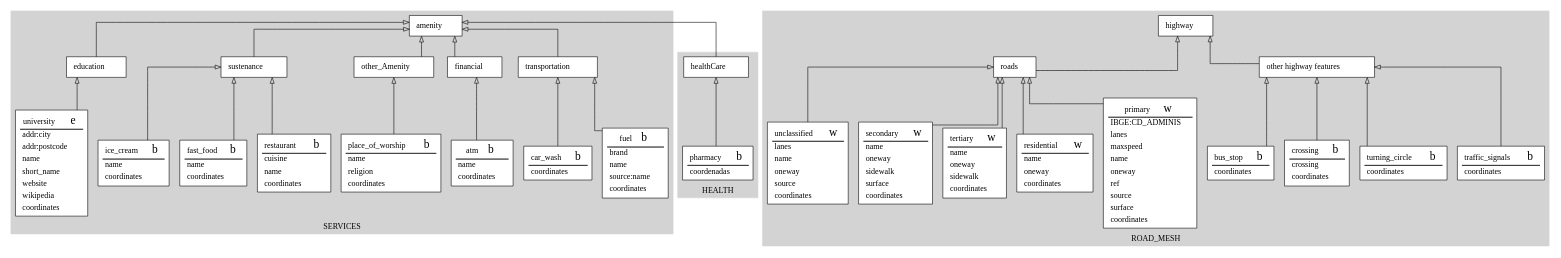
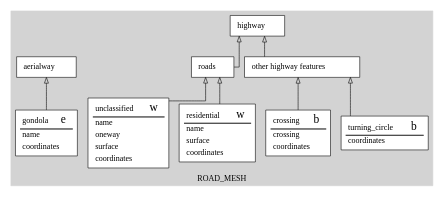
One commit to vinisperandio/OSM2Diagram_optmizated changed the diagram in schema.gv. Above: the diagram before and after it, drawn with Graphviz. The commit also changed 6 other files, not shown here.

```diff
--- a/schema.gv
+++ b/schema.gv
@@ -1,231 +1,10 @@
 digraph structs { 
 	node [shape=box]
-	subgraph cluster_DIVERSION {
-		node [color=black style=filled]
-		color=lightgrey style=filled
-		label=DIVERSION
-	}
-	subgraph cluster_SERVICES {
-		node [color=black style=filled]
-		color=lightgrey style=filled
-		label=SERVICES
-		0[style = "filled, bold" penwidth = "1" fillcolor="white" label=<
-			<TABLE color="black" border="0">
-			 <TR>
-				<TD align="center"><font color="black">fuel</font>  
-				<font FACE="sigmoda" POINT-SIZE="20.0"> b</font></TD>
-			</TR>
-			<hr/>
-			<TR>
-				<TD align="left">brand</TD>
-			 </TR>
-			<TR>
-				<TD align="left">name</TD>
-			 </TR>
-			<TR>
-				<TD align="left">source:name</TD>
-			 </TR>
-			<TR>
-				<TD align="left">coordinates</TD>
-			 </TR>
-			</TABLE>>]
-		1[style = "filled, bold" penwidth = "1" fillcolor="white" label=<
-			<TABLE color="black" border="0">
-			 <TR>
-				<TD align="center"><font color="black">amenity</font>  </TD>
-			</TR>
-			</TABLE>>]
-		2[style = "filled, bold" penwidth = "1" fillcolor="white" label=<
-			<TABLE color="black" border="0">
-			 <TR>
-				<TD align="center"><font color="black">car_wash</font>  
-				<font FACE="sigmoda" POINT-SIZE="20.0"> b</font></TD>
-			</TR>
-			<hr/>
-			<TR>
-				<TD align="left">coordinates</TD>
-			 </TR>
-			</TABLE>>]
-		3[style = "filled, bold" penwidth = "1" fillcolor="white" label=<
-			<TABLE color="black" border="0">
-			 <TR>
-				<TD align="center"><font color="black">atm</font>  
-				<font FACE="sigmoda" POINT-SIZE="20.0"> b</font></TD>
-			</TR>
-			<hr/>
-			<TR>
-				<TD align="left">name</TD>
-			 </TR>
-			<TR>
-				<TD align="left">coordinates</TD>
-			 </TR>
-			</TABLE>>]
-		4[style = "filled, bold" penwidth = "1" fillcolor="white" label=<
-			<TABLE color="black" border="0">
-			 <TR>
-				<TD align="center"><font color="black">restaurant</font>  
-				<font FACE="sigmoda" POINT-SIZE="20.0"> b</font></TD>
-			</TR>
-			<hr/>
-			<TR>
-				<TD align="left">cuisine</TD>
-			 </TR>
-			<TR>
-				<TD align="left">name</TD>
-			 </TR>
-			<TR>
-				<TD align="left">coordinates</TD>
-			 </TR>
-			</TABLE>>]
-		5[style = "filled, bold" penwidth = "1" fillcolor="white" label=<
-			<TABLE color="black" border="0">
-			 <TR>
-				<TD align="center"><font color="black">place_of_worship</font>  
-				<font FACE="sigmoda" POINT-SIZE="20.0"> b</font></TD>
-			</TR>
-			<hr/>
-			<TR>
-				<TD align="left">name</TD>
-			 </TR>
-			<TR>
-				<TD align="left">religion</TD>
-			 </TR>
-			<TR>
-				<TD align="left">coordinates</TD>
-			 </TR>
-			</TABLE>>]
-		6[style = "filled, bold" penwidth = "1" fillcolor="white" label=<
-			<TABLE color="black" border="0">
-			 <TR>
-				<TD align="center"><font color="black">fast_food</font>  
-				<font FACE="sigmoda" POINT-SIZE="20.0"> b</font></TD>
-			</TR>
-			<hr/>
-			<TR>
-				<TD align="left">name</TD>
-			 </TR>
-			<TR>
-				<TD align="left">coordinates</TD>
-			 </TR>
-			</TABLE>>]
-		7[style = "filled, bold" penwidth = "1" fillcolor="white" label=<
-			<TABLE color="black" border="0">
-			 <TR>
-				<TD align="center"><font color="black">ice_cream</font>  
-				<font FACE="sigmoda" POINT-SIZE="20.0"> b</font></TD>
-			</TR>
-			<hr/>
-			<TR>
-				<TD align="left">name</TD>
-			 </TR>
-			<TR>
-				<TD align="left">coordinates</TD>
-			 </TR>
-			</TABLE>>]
-		8[style = "filled, bold" penwidth = "1" fillcolor="white" label=<
-			<TABLE color="black" border="0">
-			 <TR>
-				<TD align="center"><font color="black">university</font>  
-				<font FACE="sigmoda" POINT-SIZE="20.0"> e</font></TD>
-			</TR>
-			<hr/>
-			<TR>
-				<TD align="left">addr:city</TD>
-			 </TR>
-			<TR>
-				<TD align="left">addr:postcode</TD>
-			 </TR>
-			<TR>
-				<TD align="left">name</TD>
-			 </TR>
-			<TR>
-				<TD align="left">short_name</TD>
-			 </TR>
-			<TR>
-				<TD align="left">website</TD>
-			 </TR>
-			<TR>
-				<TD align="left">wikipedia</TD>
-			 </TR>
-			<TR>
-				<TD align="left">coordinates</TD>
-			 </TR>
-			</TABLE>>]
-		9[style = "filled, bold" penwidth = "1" fillcolor="white" label=<
-			<TABLE color="black" border="0">
-			 <TR>
-				<TD align="center"><font color="black">transportation</font>  </TD>
-			</TR>
-			</TABLE>>]
-		10[style = "filled, bold" penwidth = "1" fillcolor="white" label=<
-			<TABLE color="black" border="0">
-			 <TR>
-				<TD align="center"><font color="black">financial</font>  </TD>
-			</TR>
-			</TABLE>>]
-		11[style = "filled, bold" penwidth = "1" fillcolor="white" label=<
-			<TABLE color="black" border="0">
-			 <TR>
-				<TD align="center"><font color="black">sustenance</font>  </TD>
-			</TR>
-			</TABLE>>]
-		12[style = "filled, bold" penwidth = "1" fillcolor="white" label=<
-			<TABLE color="black" border="0">
-			 <TR>
-				<TD align="center"><font color="black">other_Amenity</font>  </TD>
-			</TR>
-			</TABLE>>]
-		13[style = "filled, bold" penwidth = "1" fillcolor="white" label=<
-			<TABLE color="black" border="0">
-			 <TR>
-				<TD align="center"><font color="black">education</font>  </TD>
-			</TR>
-			</TABLE>>]
-	}
-	subgraph cluster_HEALTH {
-		node [color=black style=filled]
-		color=lightgrey style=filled
-		label=HEALTH
-		14[style = "filled, bold" penwidth = "1" fillcolor="white" label=<
-			<TABLE color="black" border="0">
-			 <TR>
-				<TD align="center"><font color="black">pharmacy</font>  
-				<font FACE="sigmoda" POINT-SIZE="20.0"> b</font></TD>
-			</TR>
-			<hr/>
-			<TR>
-				<TD align="left">coordenadas</TD>
-			 </TR>
-			</TABLE>>]
-		15[style = "filled, bold" penwidth = "1" fillcolor="white" label=<
-			<TABLE color="black" border="0">
-			 <TR>
-				<TD align="center"><font color="black">healthCare</font>  </TD>
-			</TR>
-			</TABLE>>]
-	}
 	subgraph cluster_ROAD_MESH {
 		node [color=black style=filled]
 		color=lightgrey style=filled
 		label=ROAD_MESH
-		16[style = "filled, bold" penwidth = "1" fillcolor="white" label=<
-			<TABLE color="black" border="0">
-			 <TR>
-				<TD align="center"><font color="black">traffic_signals</font>  
-				<font FACE="sigmoda" POINT-SIZE="20.0"> b</font></TD>
-			</TR>
-			<hr/>
-			<TR>
-				<TD align="left">coordinates</TD>
-			 </TR>
-			</TABLE>>]
-		17[style = "filled, bold" penwidth = "1" fillcolor="white" label=<
-			<TABLE color="black" border="0">
-			 <TR>
-				<TD align="center"><font color="black">highway</font>  </TD>
-			</TR>
-			</TABLE>>]
-		18[style = "filled, bold" penwidth = "1" fillcolor="white" label=<
+		0[style = "filled, bold" penwidth = "1" fillcolor="white" label=<
 			<TABLE color="black" border="0">
 			 <TR>
 				<TD align="center"><font color="black">turning_circle</font>  
@@ -236,7 +15,13 @@
 				<TD align="left">coordinates</TD>
 			 </TR>
 			</TABLE>>]
-		19[style = "filled, bold" penwidth = "1" fillcolor="white" label=<
+		1[style = "filled, bold" penwidth = "1" fillcolor="white" label=<
+			<TABLE color="black" border="0">
+			 <TR>
+				<TD align="center"><font color="black">highway</font>  </TD>
+			</TR>
+			</TABLE>>]
+		2[style = "filled, bold" penwidth = "1" fillcolor="white" label=<
 			<TABLE color="black" border="0">
 			 <TR>
 				<TD align="center"><font color="black">crossing</font>  
@@ -250,53 +35,7 @@
 				<TD align="left">coordinates</TD>
 			 </TR>
 			</TABLE>>]
-		20[style = "filled, bold" penwidth = "1" fillcolor="white" label=<
-			<TABLE color="black" border="0">
-			 <TR>
-				<TD align="center"><font color="black">bus_stop</font>  
-				<font FACE="sigmoda" POINT-SIZE="20.0"> b</font></TD>
-			</TR>
-			<hr/>
-			<TR>
-				<TD align="left">coordinates</TD>
-			 </TR>
-			</TABLE>>]
-		21[style = "filled, bold" penwidth = "1" fillcolor="white" label=<
-			<TABLE color="black" border="0">
-			 <TR>
-				<TD align="center"><font color="black">primary</font>  
-				<font FACE="sigmoda" POINT-SIZE="20.0"> w</font></TD>
-			</TR>
-			<hr/>
-			<TR>
-				<TD align="left">IBGE:CD_ADMINIS</TD>
-			 </TR>
-			<TR>
-				<TD align="left">lanes</TD>
-			 </TR>
-			<TR>
-				<TD align="left">maxspeed</TD>
-			 </TR>
-			<TR>
-				<TD align="left">name</TD>
-			 </TR>
-			<TR>
-				<TD align="left">oneway</TD>
-			 </TR>
-			<TR>
-				<TD align="left">ref</TD>
-			 </TR>
-			<TR>
-				<TD align="left">source</TD>
-			 </TR>
-			<TR>
-				<TD align="left">surface</TD>
-			 </TR>
-			<TR>
-				<TD align="left">coordinates</TD>
-			 </TR>
-			</TABLE>>]
-		22[style = "filled, bold" penwidth = "1" fillcolor="white" label=<
+		3[style = "filled, bold" penwidth = "1" fillcolor="white" label=<
 			<TABLE color="black" border="0">
 			 <TR>
 				<TD align="center"><font color="black">residential</font>  
@@ -307,16 +46,16 @@
 				<TD align="left">name</TD>
 			 </TR>
 			<TR>
-				<TD align="left">oneway</TD>
+				<TD align="left">surface</TD>
 			 </TR>
 			<TR>
 				<TD align="left">coordinates</TD>
 			 </TR>
 			</TABLE>>]
-		23[style = "filled, bold" penwidth = "1" fillcolor="white" label=<
+		4[style = "filled, bold" penwidth = "1" fillcolor="white" label=<
 			<TABLE color="black" border="0">
 			 <TR>
-				<TD align="center"><font color="black">tertiary</font>  
+				<TD align="center"><font color="black">unclassified</font>  
 				<font FACE="sigmoda" POINT-SIZE="20.0"> w</font></TD>
 			</TR>
 			<hr/>
@@ -327,102 +66,52 @@
 				<TD align="left">oneway</TD>
 			 </TR>
 			<TR>
-				<TD align="left">sidewalk</TD>
+				<TD align="left">surface</TD>
 			 </TR>
 			<TR>
 				<TD align="left">coordinates</TD>
 			 </TR>
 			</TABLE>>]
-		24[style = "filled, bold" penwidth = "1" fillcolor="white" label=<
+		5[style = "filled, bold" penwidth = "1" fillcolor="white" label=<
 			<TABLE color="black" border="0">
 			 <TR>
-				<TD align="center"><font color="black">secondary</font>  
-				<font FACE="sigmoda" POINT-SIZE="20.0"> w</font></TD>
+				<TD align="center"><font color="black">gondola</font>  
+				<font FACE="sigmoda" POINT-SIZE="20.0"> e</font></TD>
 			</TR>
 			<hr/>
 			<TR>
 				<TD align="left">name</TD>
 			 </TR>
 			<TR>
-				<TD align="left">oneway</TD>
-			 </TR>
-			<TR>
-				<TD align="left">sidewalk</TD>
-			 </TR>
-			<TR>
-				<TD align="left">surface</TD>
-			 </TR>
-			<TR>
 				<TD align="left">coordinates</TD>
 			 </TR>
 			</TABLE>>]
-		25[style = "filled, bold" penwidth = "1" fillcolor="white" label=<
+		6[style = "filled, bold" penwidth = "1" fillcolor="white" label=<
 			<TABLE color="black" border="0">
 			 <TR>
-				<TD align="center"><font color="black">unclassified</font>  
-				<font FACE="sigmoda" POINT-SIZE="20.0"> w</font></TD>
+				<TD align="center"><font color="black">aerialway</font>  </TD>
 			</TR>
-			<hr/>
-			<TR>
-				<TD align="left">lanes</TD>
-			 </TR>
-			<TR>
-				<TD align="left">name</TD>
-			 </TR>
-			<TR>
-				<TD align="left">oneway</TD>
-			 </TR>
-			<TR>
-				<TD align="left">source</TD>
-			 </TR>
-			<TR>
-				<TD align="left">coordinates</TD>
-			 </TR>
 			</TABLE>>]
-		26[style = "filled, bold" penwidth = "1" fillcolor="white" label=<
+		7[style = "filled, bold" penwidth = "1" fillcolor="white" label=<
 			<TABLE color="black" border="0">
 			 <TR>
 				<TD align="center"><font color="black">other highway features</font>  </TD>
 			</TR>
 			</TABLE>>]
-		27[style = "filled, bold" penwidth = "1" fillcolor="white" label=<
+		8[style = "filled, bold" penwidth = "1" fillcolor="white" label=<
 			<TABLE color="black" border="0">
 			 <TR>
 				<TD align="center"><font color="black">roads</font>  </TD>
 			</TR>
 			</TABLE>>]
 	}
-	subgraph cluster_EDIFICATION {
-		node [color=black style=filled]
-		color=lightgrey style=filled
-		label=EDIFICATION
-	}
-		0 -> 9[arrowhead=onormal]
-		2 -> 9[arrowhead=onormal]
-		3 -> 10[arrowhead=onormal]
-		4 -> 11[arrowhead=onormal]
-		5 -> 12[arrowhead=onormal]
-		6 -> 11[arrowhead=onormal]
-		7 -> 11[arrowhead=onormal]
-		8 -> 13[arrowhead=onormal]
-		9 -> 1[arrowhead=onormal]
-		10 -> 1[arrowhead=onormal]
-		11 -> 1[arrowhead=onormal]
-		12 -> 1[arrowhead=onormal]
-		13 -> 1[arrowhead=onormal]
-		14 -> 15[arrowhead=onormal]
-		15 -> 1[arrowhead=onormal]
-		16 -> 26[arrowhead=onormal]
-		18 -> 26[arrowhead=onormal]
-		19 -> 26[arrowhead=onormal]
-		20 -> 26[arrowhead=onormal]
-		21 -> 27[arrowhead=onormal]
-		22 -> 27[arrowhead=onormal]
-		23 -> 27[arrowhead=onormal]
-		24 -> 27[arrowhead=onormal]
-		25 -> 27[arrowhead=onormal]
-		26 -> 17[arrowhead=onormal]
-		27 -> 17[arrowhead=onormal]
+		0 -> 7[arrowhead=onormal]
+		2 -> 7[arrowhead=onormal]
+		3 -> 8[arrowhead=onormal]
+		4 -> 8[arrowhead=onormal]
+		5 -> 6[arrowhead=onormal]
+		7 -> 1[arrowhead=onormal]
+		8 -> 1[arrowhead=onormal]
 	rankdir=BT
 	splines=ortho
 }
```
